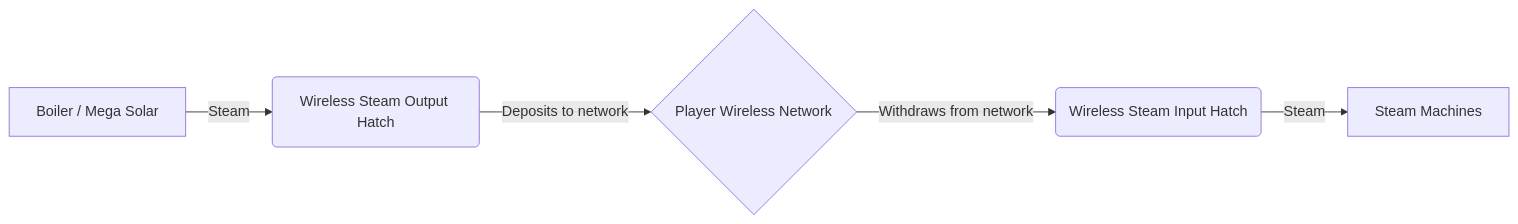
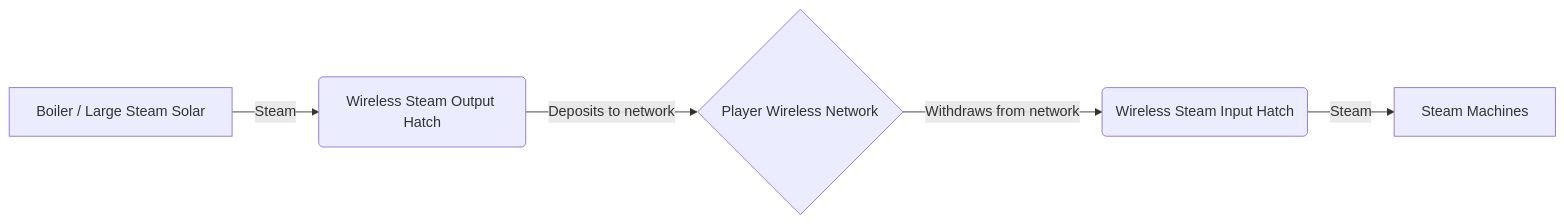
The diagram in docs/gameplay/systems/wireless-steam-network.en.md (Zx123456899/GregTech-Nexus-Addon), drawn with Mermaid before and after one commit. The commit also changed other lines of this file and 1216 other files, not shown here.

````diff
--- a/docs/gameplay/systems/wireless-steam-network.en.md
+++ b/docs/gameplay/systems/wireless-steam-network.en.md
@@ -32,7 +32,7 @@
 ```mermaid
 graph LR
-    A[Boiler / Mega Solar] -->|Steam| B(Wireless Steam Output Hatch)
+    A[Boiler / Large Steam Solar] -->|Steam| B(Wireless Steam Output Hatch)
     B -->|Deposits to network| C{Player Wireless Network}
     C -->|Withdraws from network| D(Wireless Steam Input Hatch)
     D -->|Steam| E[Steam Machines]
 ```
````
